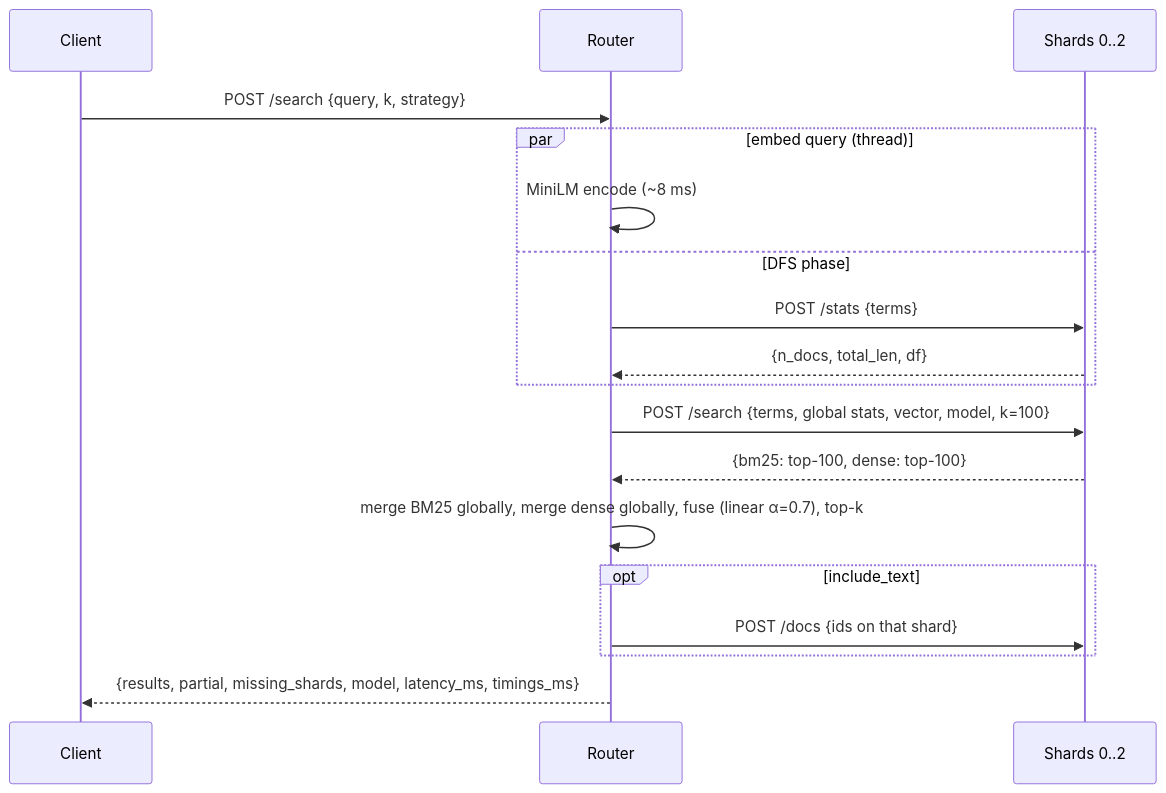
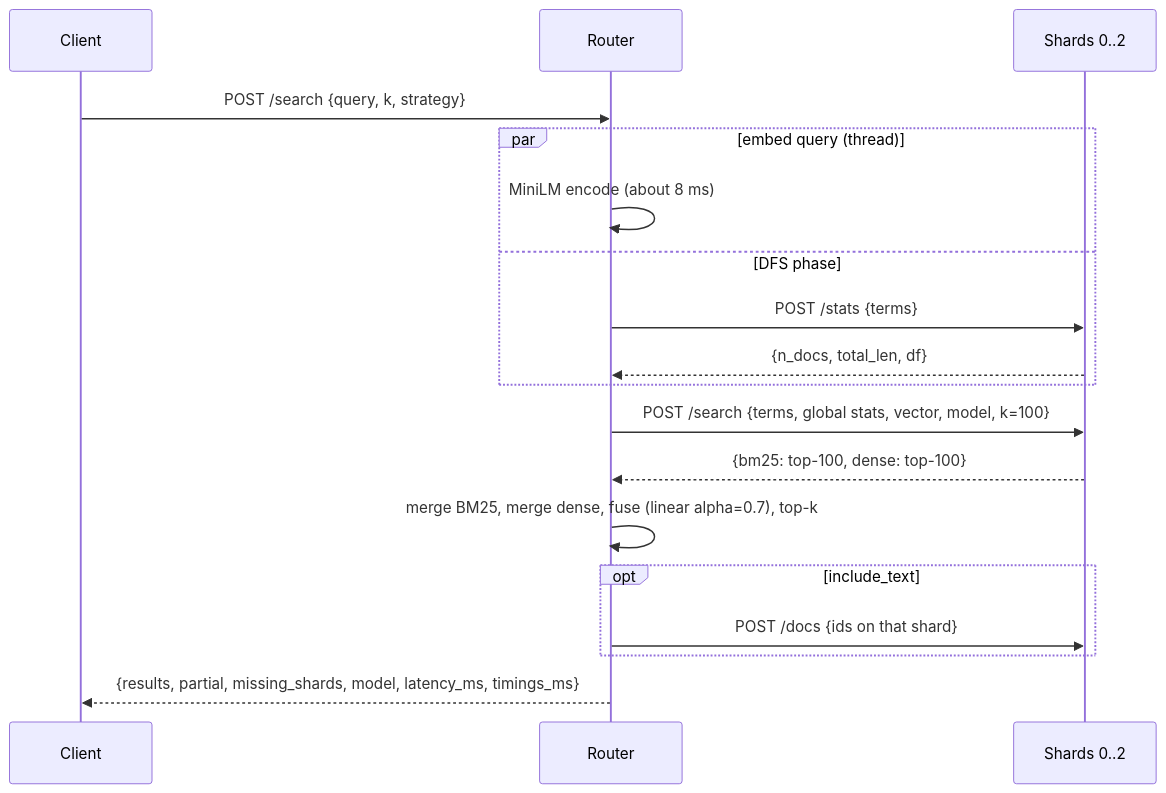
Before and after one commit to node31/fiqa-agentic-retrieval: the diagram in docs/08_sharding_scatter_gather.md, drawn with Mermaid. The commit also changed other lines of this file and 38 other files, not shown here.

````diff
--- a/docs/08_sharding_scatter_gather.md
+++ b/docs/08_sharding_scatter_gather.md
@@ -26,20 +18,20 @@
 ```mermaid
 sequenceDiagram
   participant C as Client
   participant R as Router
   participant S as Shards 0..2
   C->>R: POST /search {query, k, strategy}
   par embed query (thread)
-    R->>R: MiniLM encode (~8 ms)
+    R->>R: MiniLM encode (about 8 ms)
   and DFS phase
     R->>S: POST /stats {terms}
     S-->>R: {n_docs, total_len, df}
   end
   R->>S: POST /search {terms, global stats, vector, model, k=100}
   S-->>R: {bm25: top-100, dense: top-100}
-  R->>R: merge BM25 globally, merge dense globally, fuse (linear α=0.7), top-k
+  R->>R: merge BM25, merge dense, fuse (linear alpha=0.7), top-k
   opt include_text
     R->>S: POST /docs {ids on that shard}
   end
   R-->>C: {results, partial, missing_shards, model, latency_ms, timings_ms}
 ```
````
